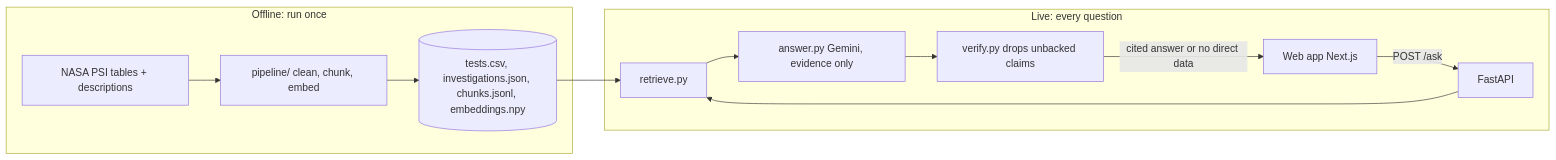
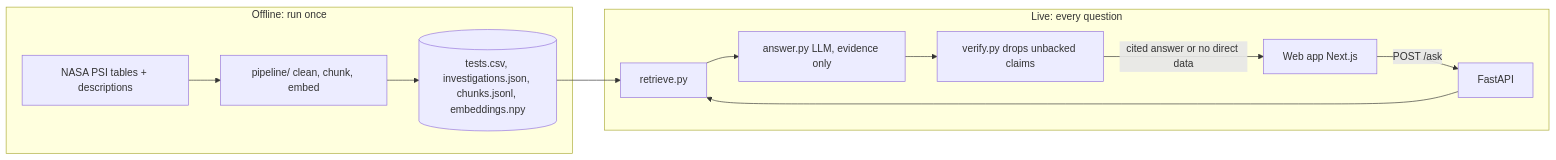
The first of 2 diagrams in ARCHITECTURE.md (ManeeshJupalle/Deep-Dish-Orbit), drawn with Mermaid before and after one commit. The commit also changed other lines of this file and 20 other files, not shown here.

````diff
--- a/ARCHITECTURE.md
+++ b/ARCHITECTURE.md
@@ -27,15 +27,15 @@
 ```mermaid
 flowchart LR
   subgraph OFFLINE["Offline: run once"]
     PSI[NASA PSI tables + descriptions] --> PIPE[pipeline/ clean, chunk, embed]
     PIPE --> STORE[(tests.csv, investigations.json, chunks.jsonl, embeddings.npy)]
   end
   subgraph LIVE["Live: every question"]
     WEB[Web app Next.js] -->|POST /ask| API[FastAPI]
     API --> RET[retrieve.py]
     STORE --> RET
-    RET --> ANS[answer.py Gemini, evidence only]
+    RET --> ANS[answer.py LLM, evidence only]
     ANS --> VER[verify.py drops unbacked claims]
     VER -->|cited answer or no direct data| WEB
   end
 ```
````
